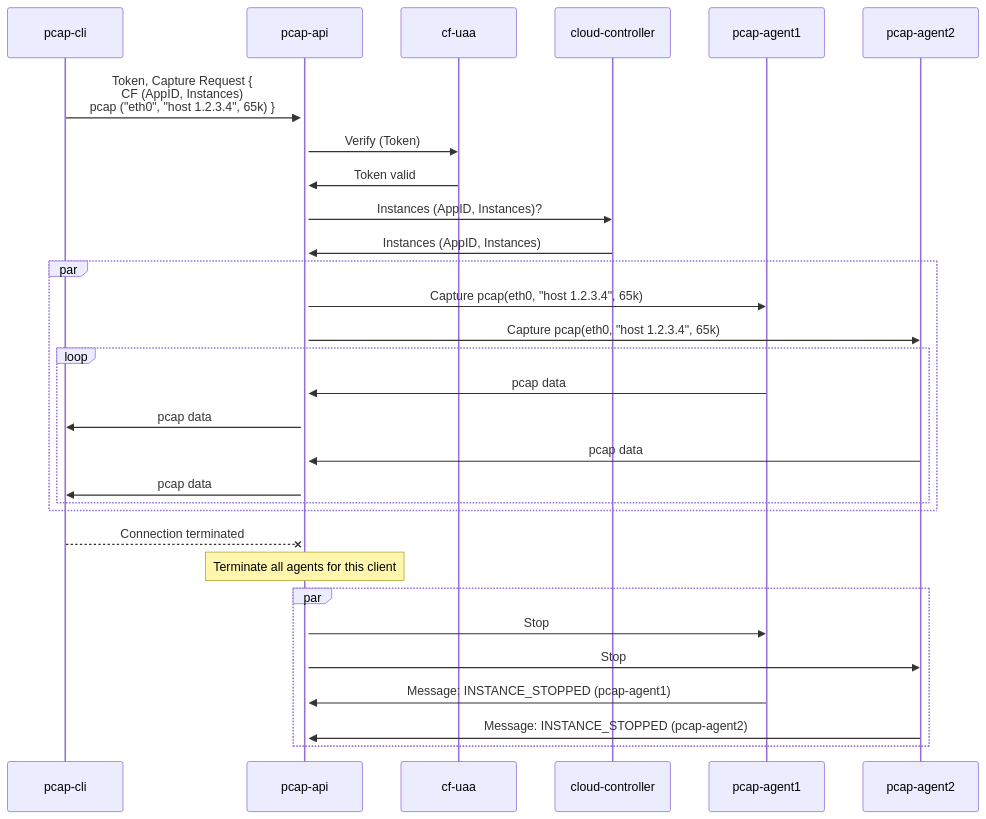
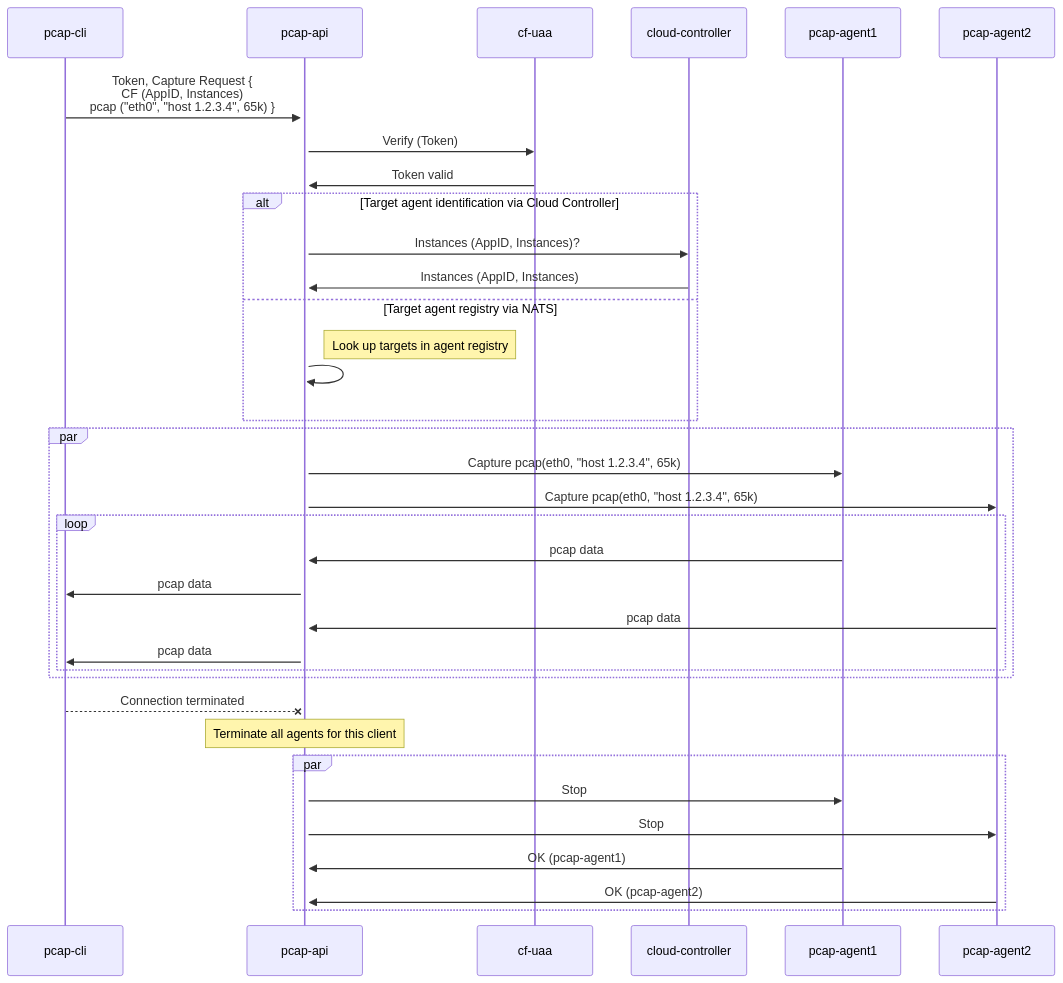
Before and after one commit to cloudfoundry/pcap-release: the tenth of 21 diagrams in docs/api-communication-spec.md, drawn with Mermaid. The commit also changed other lines of this file, not shown here.

Commit message:
docs(api): remove duplicated diagrams for CC/NATS options, unify with alt block

````diff
--- a/docs/api-communication-spec.md
+++ b/docs/api-communication-spec.md
@@ -551,26 +551,31 @@
 ```mermaid
 sequenceDiagram
     pcap-cli ->>+ pcap-api: Token, Capture Request {<br/>CF (AppID, Instances)<br/>pcap ("eth0", "host 1.2.3.4", 65k) }
     pcap-api ->> cf-uaa: Verify (Token)
     cf-uaa ->> pcap-api: Token valid
-    pcap-api ->> cloud-controller: Instances (AppID, Instances)?
-    cloud-controller ->> pcap-api: Instances (AppID, Instances)
+    alt Target agent identification via Cloud Controller
+        pcap-api ->> cloud-controller: Instances (AppID, Instances)?
+        cloud-controller ->> pcap-api: Instances (AppID, Instances)
+    else Target agent registry via NATS
+        note right of pcap-api: Look up targets in agent registry
+        pcap-api ->> pcap-api: 
+    end
     par
         pcap-api ->> pcap-agent1: Capture pcap(eth0, "host 1.2.3.4", 65k)
         pcap-api ->> pcap-agent2: Capture pcap(eth0, "host 1.2.3.4", 65k)
         loop
             pcap-agent1 ->> pcap-api: pcap data
             pcap-api ->> pcap-cli: pcap data
             pcap-agent2 ->> pcap-api: pcap data
             pcap-api ->> pcap-cli: pcap data
         end
     end
     pcap-cli --X pcap-api: Connection terminated
     note over pcap-api: Terminate all agents for this client
     par
     pcap-api ->> pcap-agent1: Stop
     pcap-api ->> pcap-agent2: Stop
-        pcap-agent1 ->> pcap-api: Message: INSTANCE_STOPPED (pcap-agent1)
-        pcap-agent2 ->> pcap-api: Message: INSTANCE_STOPPED (pcap-agent2)
+        pcap-agent1 ->> pcap-api: OK (pcap-agent1)
+        pcap-agent2 ->> pcap-api: OK (pcap-agent2)
     end
 ```
````
